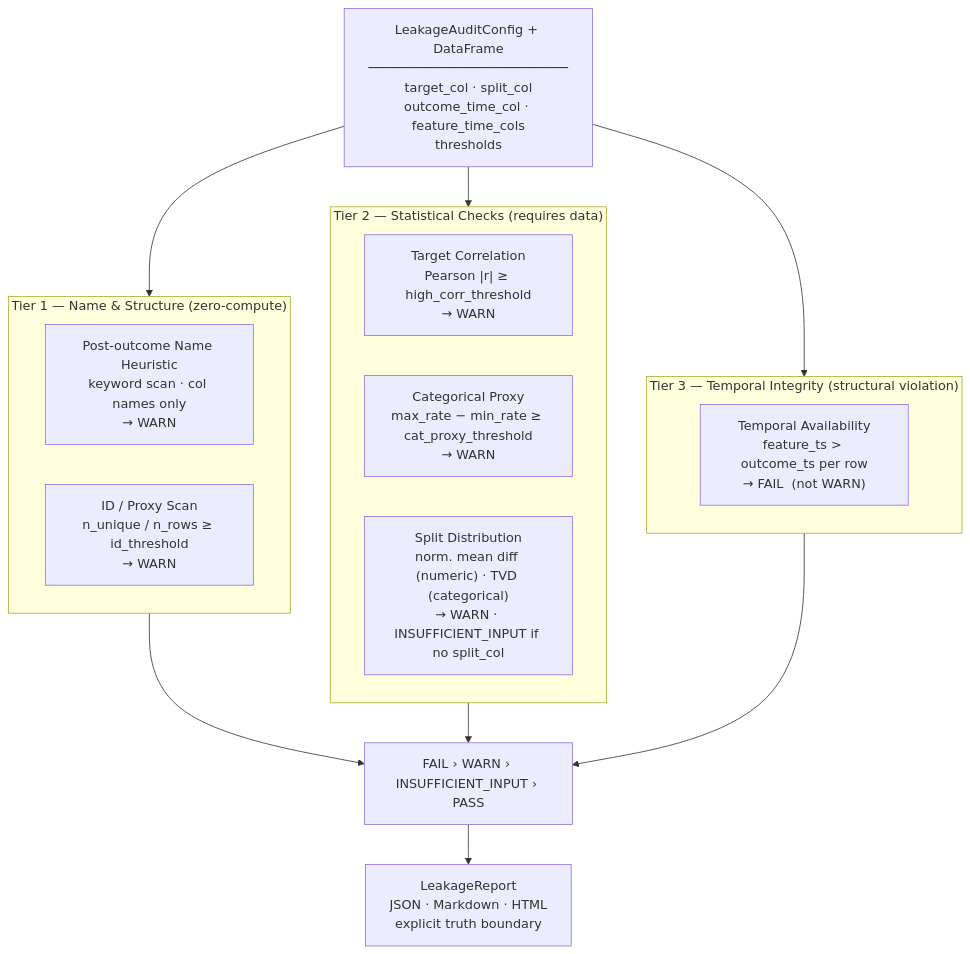
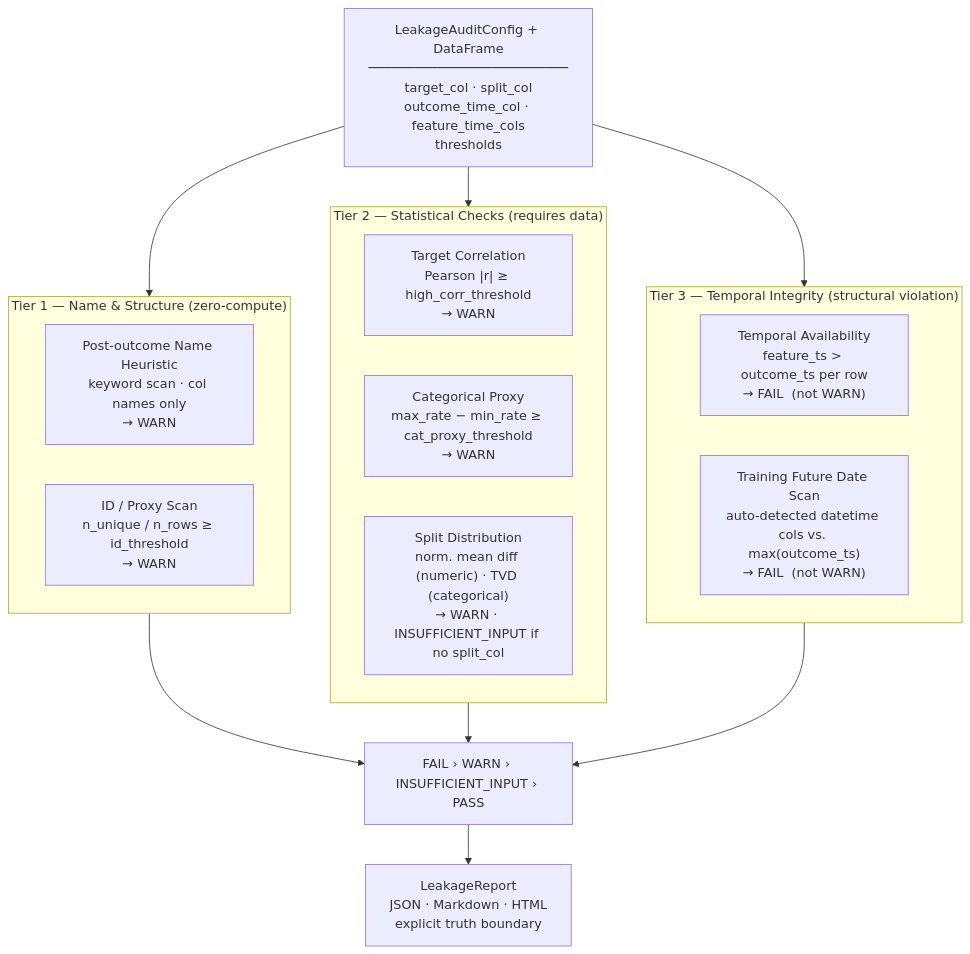
The diagram in README.md (SidharthKriplani/featureleakagelens), drawn with Mermaid before and after one commit. The commit also changed other lines of this file and 1 other file, not shown here.

Commit message:
Fix test date range, add training_future_date_scan to README, 23 tests, portfolio table

````diff
--- a/README.md
+++ b/README.md
@@ -46,28 +46,29 @@
 ```mermaid
 flowchart TD
     IN["LeakageAuditConfig + DataFrame\n──────────────────────────\ntarget_col · split_col\noutcome_time_col · feature_time_cols\nthresholds"]
 
     subgraph CHEAP ["Tier 1 — Name & Structure  (zero-compute)"]
         NH["Post-outcome Name Heuristic\nkeyword scan · col names only\n→ WARN"]
         ID["ID / Proxy Scan\nn_unique / n_rows ≥ id_threshold\n→ WARN"]
     end
 
     subgraph STAT ["Tier 2 — Statistical Checks  (requires data)"]
         TC["Target Correlation\nPearson |r| ≥ high_corr_threshold\n→ WARN"]
         CP["Categorical Proxy\nmax_rate − min_rate ≥ cat_proxy_threshold\n→ WARN"]
         SD["Split Distribution\nnorm. mean diff (numeric) · TVD (categorical)\n→ WARN · INSUFFICIENT_INPUT if no split_col"]
     end
 
     subgraph TEMPORAL ["Tier 3 — Temporal Integrity  (structural violation)"]
         TA["Temporal Availability\nfeature_ts > outcome_ts per row\n→ FAIL  (not WARN)"]
+        TF["Training Future Date Scan\nauto-detected datetime cols vs. max(outcome_ts)\n→ FAIL  (not WARN)"]
     end
 
     IN --> CHEAP
     IN --> STAT
     IN --> TEMPORAL
 
     CHEAP & STAT & TEMPORAL --> AGG
 
     AGG["FAIL › WARN › INSUFFICIENT_INPUT › PASS"]
     AGG --> OUT["LeakageReport\nJSON · Markdown · HTML\nexplicit truth boundary"]
 ```
````
